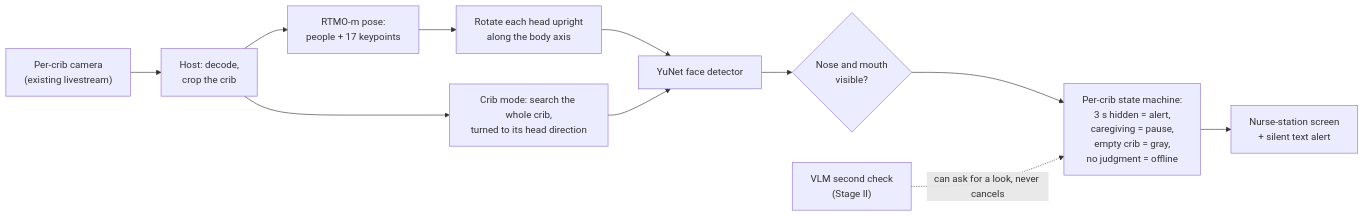
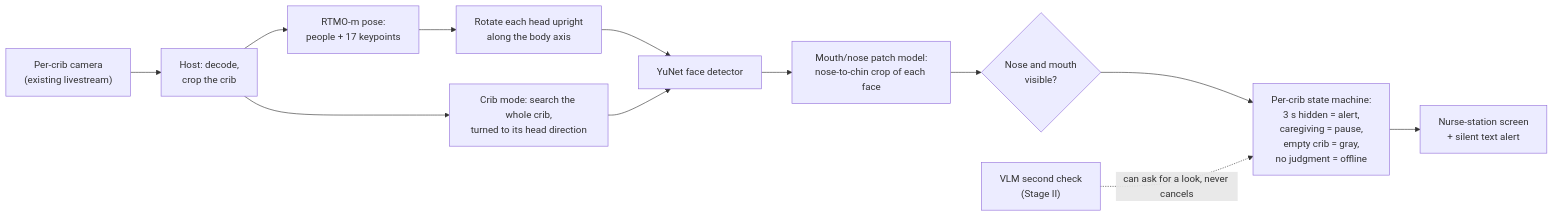
Before and after one commit to StudentInTW/Baby-Groot: the diagram in README.md, drawn with Mermaid. The commit also changed other lines of this file and 22 other files, not shown here.

````diff
--- a/README.md
+++ b/README.md
@@ -29,13 +30,14 @@
 ```mermaid
 flowchart LR
   cam["Per-crib camera<br/>(existing livestream)"] --> host["Host: decode,<br/>crop the crib"]
   host --> pose["RTMO-m pose:<br/>people + 17 keypoints"]
   pose --> head["Rotate each head upright<br/>along the body axis"]
   head --> face["YuNet face detector"]
   host --> crib["Crib mode: search the whole crib,<br/>turned to its head direction"]
   crib --> face
-  face --> vis{"Nose and mouth<br/>visible?"}
+  face --> patch["Mouth/nose patch model:<br/>nose-to-chin crop of each face"]
+  patch --> vis{"Nose and mouth<br/>visible?"}
   vis --> state["Per-crib state machine:<br/>3 s hidden = alert,<br/>caregiving = pause,<br/>empty crib = gray,<br/>no judgment = offline"]
   state --> nurse["Nurse-station screen<br/>+ silent text alert"]
   vlm["VLM second check<br/>(Stage II)"] -.->|can ask for a look, never cancels| state
 ```
````
